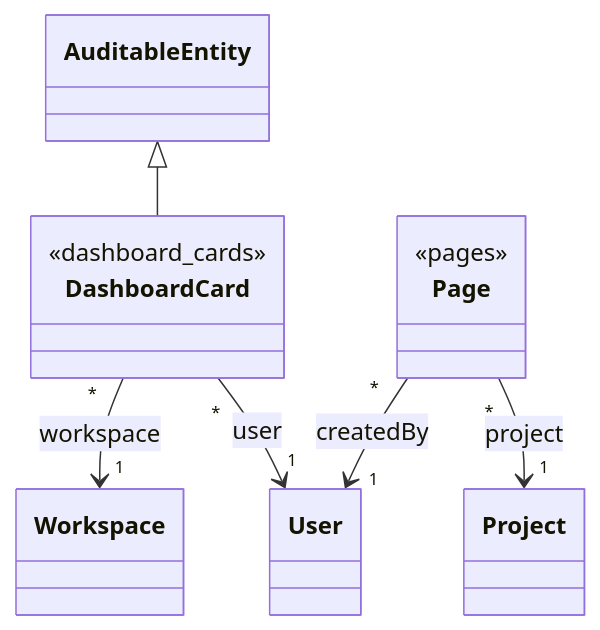
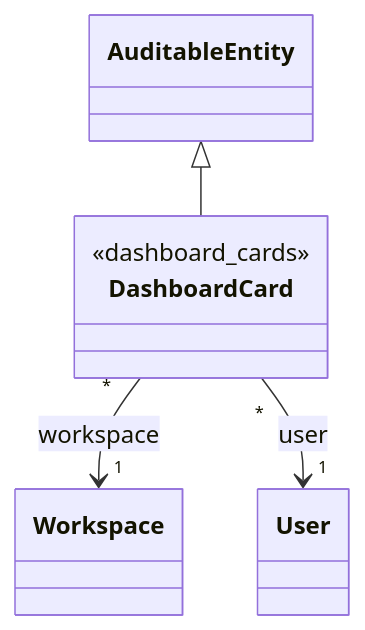
Before and after one commit to taskforce-project/taskforce-docs: the sixth of 8 diagrams in v1/03-architecture/Diagramme_Classes_UML.md, drawn with Mermaid. The commit also changed other lines of this file and 2 other files, not shown here.

First line of the commit message:
docs(architecture): regenerate the data model, dictionary and class diagram (V111)

````diff
--- a/v1/03-architecture/Diagramme_Classes_UML.md
+++ b/v1/03-architecture/Diagramme_Classes_UML.md
@@ -365,14 +365,9 @@
 ```mermaid
 classDiagram
   class DashboardCard {
     <<dashboard_cards>>
   }
   AuditableEntity <|-- DashboardCard
-  class Page {
-    <<pages>>
-  }
   DashboardCard "*" --> "1" Workspace : workspace
   DashboardCard "*" --> "1" User : user
-  Page "*" --> "1" Project : project
-  Page "*" --> "1" User : createdBy
 ```
````
